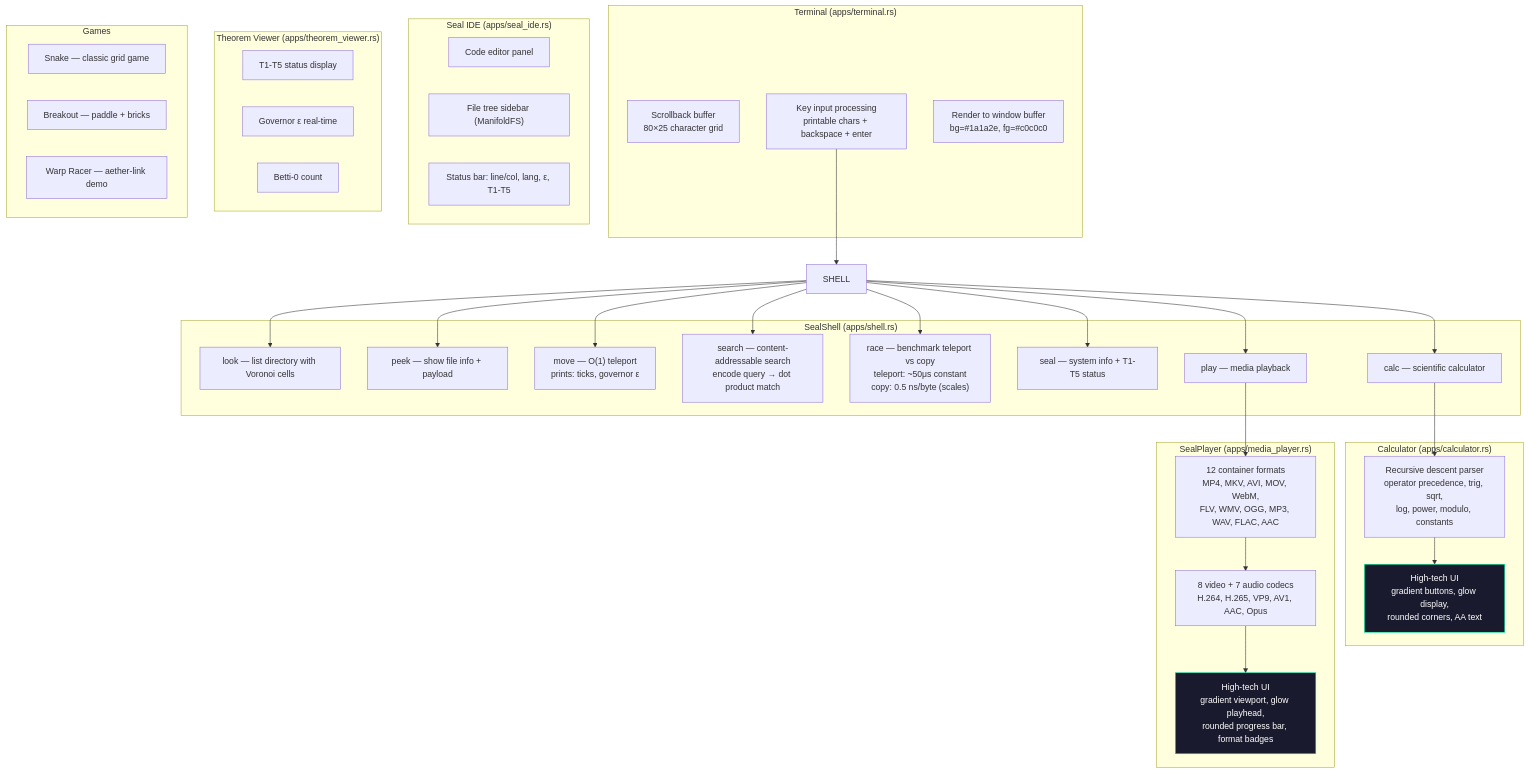
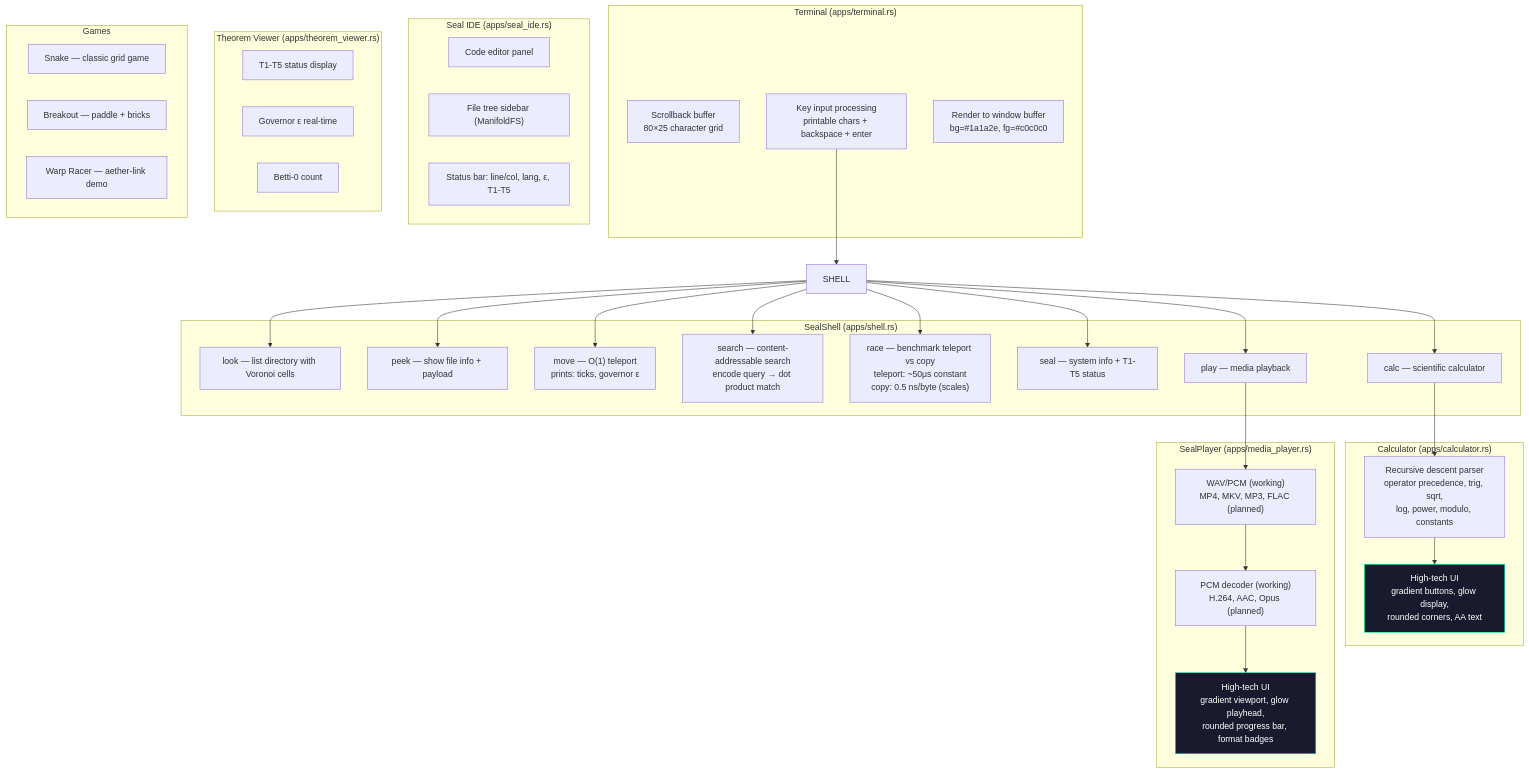
The ninth of 15 diagrams in README.md (teerthsharma/Epsilon-Hollow), drawn with Mermaid before and after one commit. The commit also changed other lines of this file and 21 other files, not shown here.

````diff
--- a/README.md
+++ b/README.md
@@ -446,58 +480,58 @@
 ```mermaid
 graph TD
     subgraph "Terminal (apps/terminal.rs)"
         TERM_BUF["Scrollback buffer<br/>80×25 character grid"]
         TERM_IN["Key input processing<br/>printable chars + backspace + enter"]
         TERM_RENDER["Render to window buffer<br/>bg=#1a1a2e, fg=#c0c0c0"]
     end
 
     subgraph "SealShell (apps/shell.rs)"
         LS["look — list directory with Voronoi cells"]
         CAT["peek — show file info + payload"]
         MV["move — O(1) teleport<br/>prints: ticks, governor ε"]
         FIND["search — content-addressable search<br/>encode query → dot product match"]
         RACE["race — benchmark teleport vs copy<br/>teleport: ~50μs constant<br/>copy: 0.5 ns/byte (scales)"]
         THEOREMS["seal — system info + T1-T5 status"]
         CALC_CMD["calc — scientific calculator"]
         PLAY_CMD["play — media playback"]
     end
 
     subgraph "Calculator (apps/calculator.rs)"
         CALC_PARSE["Recursive descent parser<br/>operator precedence, trig, sqrt,<br/>log, power, modulo, constants"]
         CALC_UI["High-tech UI<br/>gradient buttons, glow display,<br/>rounded corners, AA text"]
     end
 
     subgraph "SealPlayer (apps/media_player.rs)"
-        PLAYER_FMT["12 container formats<br/>MP4, MKV, AVI, MOV, WebM,<br/>FLV, WMV, OGG, MP3, WAV, FLAC, AAC"]
-        PLAYER_CODEC["8 video + 7 audio codecs<br/>H.264, H.265, VP9, AV1, AAC, Opus"]
+        PLAYER_FMT["WAV/PCM (working)<br/>MP4, MKV, MP3, FLAC (planned)"]
+        PLAYER_CODEC["PCM decoder (working)<br/>H.264, AAC, Opus (planned)"]
         PLAYER_UI["High-tech UI<br/>gradient viewport, glow playhead,<br/>rounded progress bar, format badges"]
     end
 
     subgraph "Seal IDE (apps/seal_ide.rs)"
         IDE_EDIT["Code editor panel"]
         IDE_TREE["File tree sidebar (ManifoldFS)"]
         IDE_STATUS["Status bar: line/col, lang, ε, T1-T5"]
     end
 
     subgraph "Theorem Viewer (apps/theorem_viewer.rs)"
         TV_LIST["T1-T5 status display"]
         TV_EPS["Governor ε real-time"]
         TV_BETTI["Betti-0 count"]
     end
 
     subgraph "Games"
         SNAKE["Snake — classic grid game"]
         BREAKOUT["Breakout — paddle + bricks"]
         WARP["Warp Racer — aether-link demo"]
     end
 
     TERM_IN --> SHELL
     SHELL --> LS & CAT & MV & FIND & RACE & THEOREMS & CALC_CMD & PLAY_CMD
     CALC_CMD --> CALC_PARSE
     CALC_PARSE --> CALC_UI
     PLAY_CMD --> PLAYER_FMT
     PLAYER_FMT --> PLAYER_CODEC --> PLAYER_UI
 
     style CALC_UI fill:#1a1a2e,stroke:#00ffaa,color:#fff
     style PLAYER_UI fill:#1a1a2e,stroke:#00ddaa,color:#fff
 ```
````
